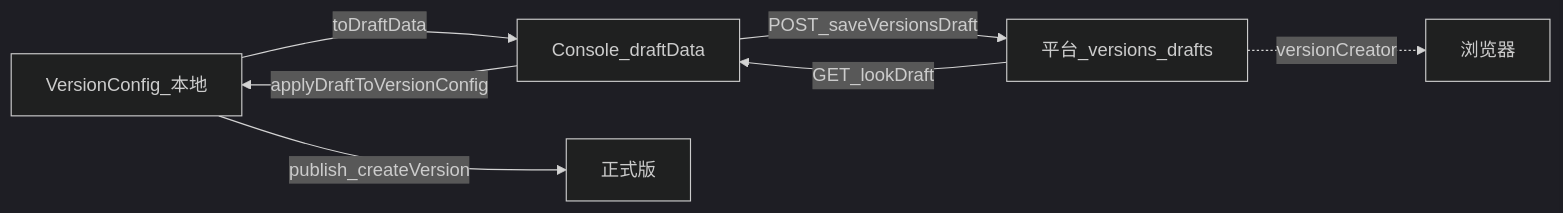
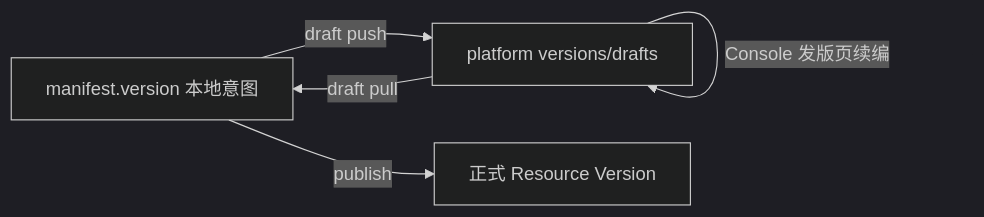
Before and after one commit to freelogfe/freelog-runtime-cli: the diagram in docs/新方案/开发设计/04-草稿转换层.md, drawn with Mermaid (dark theme). The commit also changed other lines of this file and 139 other files, not shown here.

````diff
--- a/docs/新方案/开发设计/04-草稿转换层.md
+++ b/docs/新方案/开发设计/04-草稿转换层.md
@@ -9,9 +7,7 @@
 ```mermaid
 flowchart LR
-  Local[VersionConfig_本地] -->|toDraftData| DraftData[Console_draftData]
-  DraftData -->|POST_saveVersionsDraft| Platform[平台_versions_drafts]
-  Platform -->|GET_lookDraft| DraftData
-  DraftData -->|applyDraftToVersionConfig| Local
-  Local -->|publish_createVersion| Formal[正式版]
-  Platform -.->|versionCreator| Browser[浏览器]
+  M[manifest.version 本地意图] -->|draft push| D[platform versions/drafts]
+  D -->|draft pull| M
+  M -->|publish| V[正式 Resource Version]
+  D -->|Console 发版页续编| D
 ```
````
